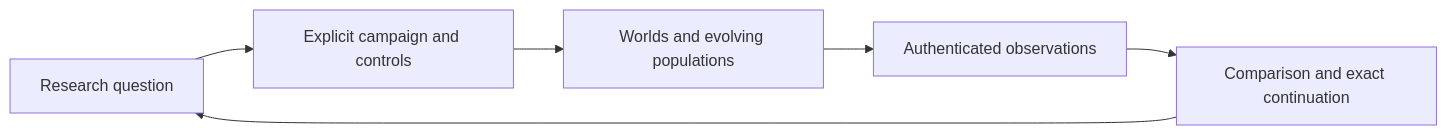
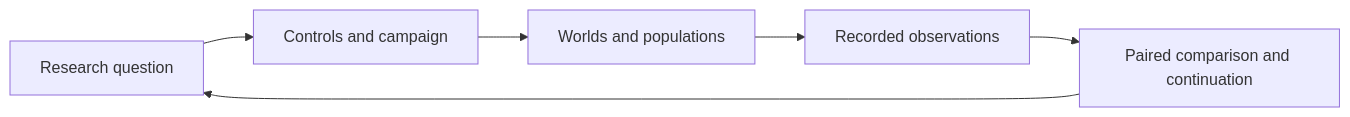
Before and after one commit to jedufa/emergence: the diagram in README.md, drawn with Mermaid. The commit also changed other lines of this file and 3 other files, not shown here.

````diff
--- a/README.md
+++ b/README.md
@@ -25,8 +45,8 @@
 ```mermaid
 flowchart LR
-    Q[Research question] --> C[Explicit campaign and controls]
-    C --> W[Worlds and evolving populations]
-    W --> O[Authenticated observations]
-    O --> A[Comparison and exact continuation]
+    Q["Research question"] --> C["Controls and campaign"]
+    C --> W["Worlds and populations"]
+    W --> O["Recorded observations"]
+    O --> A["Paired comparison and continuation"]
     A --> Q
 ```
````
